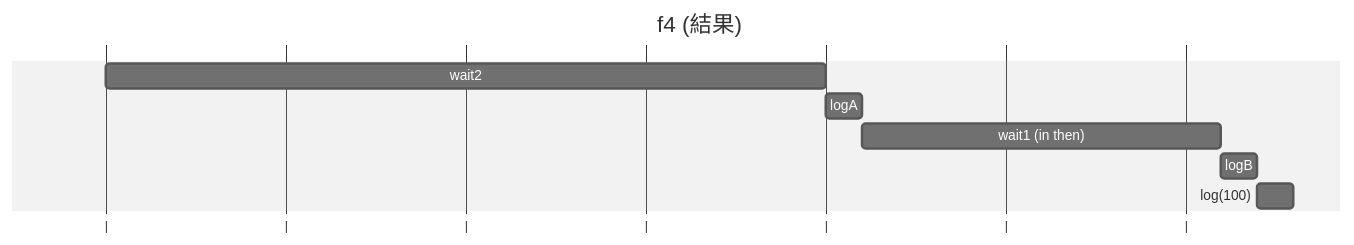
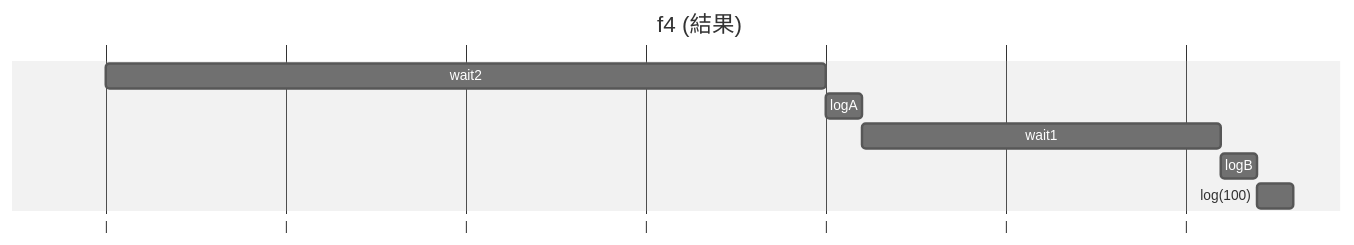
The fourth of 20 diagrams in exercises/ch13/ex02/index.md (sugurucode/oreilly-javascript), drawn with Mermaid (neutral theme) before and after one commit. The commit also changed other lines of this file, not shown here.

````diff
--- a/exercises/ch13/ex02/index.md
+++ b/exercises/ch13/ex02/index.md
@@ -246,11 +150,11 @@
 ```mermaid
 gantt
   title f4 (結果)
   dateFormat  s
   axisFormat |
     wait2 :w2, 0, 2s
     logA  :lA, after w2, 0.1s
-    wait1 (in then) :w1, after lA, 1s
+    wait1 :w1, after lA, 1s
     logB  :lB, after w1, 0.1s
     log(100) :l100, after lB, 0.1s
 ```
````
